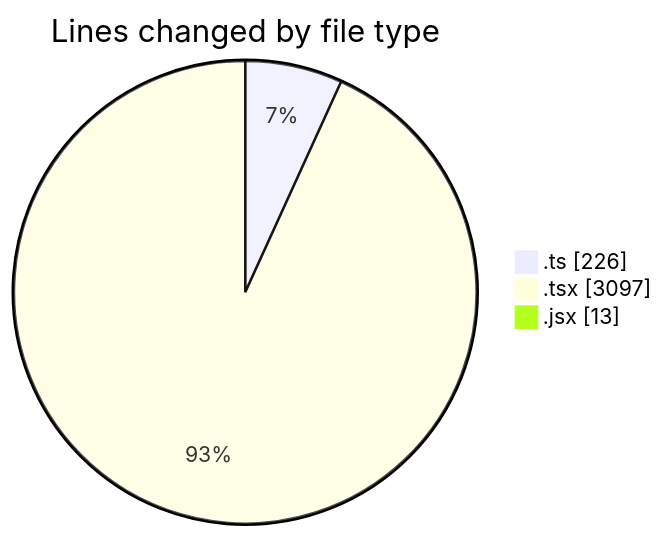
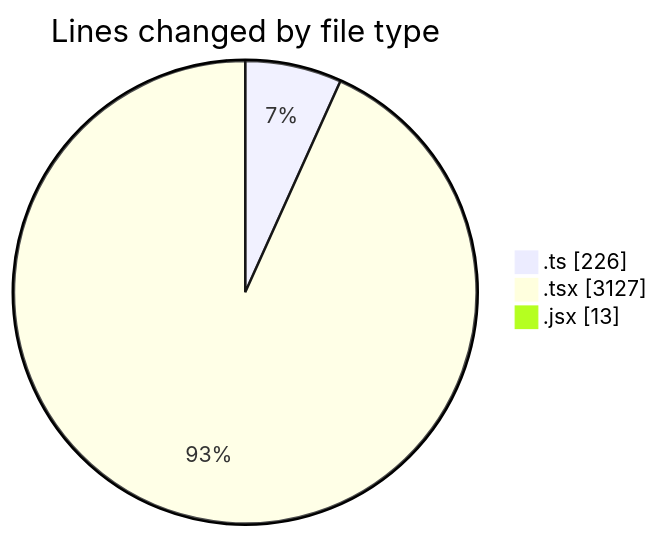
One commit to momahboobian/code-tracking changed the first of 2 diagrams in 2025-12-02/cda/README.md. Above: the diagram before and after it, drawn with Mermaid. The commit also changed other lines of this file and 1 other file, not shown here.

````diff
--- a/2025-12-02/cda/README.md
+++ b/2025-12-02/cda/README.md
@@ -30,7 +30,7 @@
 ```mermaid
 pie showData
 title Lines changed by file type
 ".ts" : 226
-".tsx" : 3097
+".tsx" : 3127
 ".jsx" : 13
 ```
````
